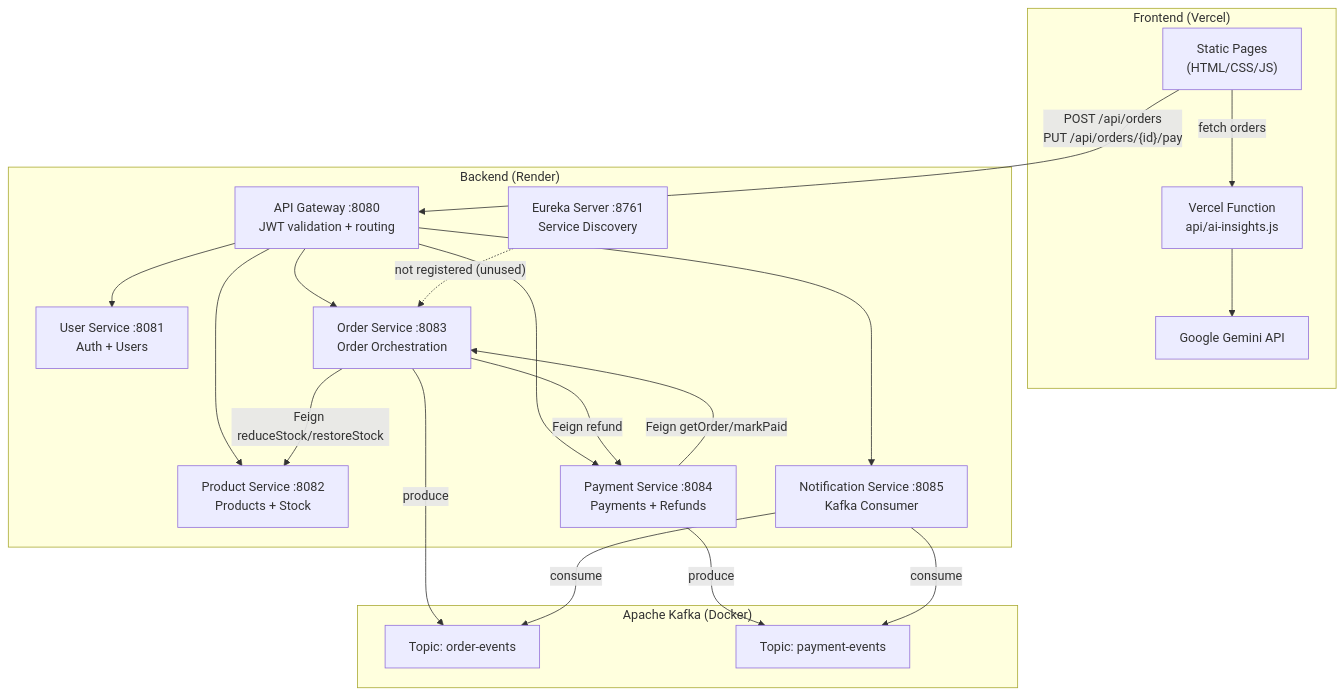
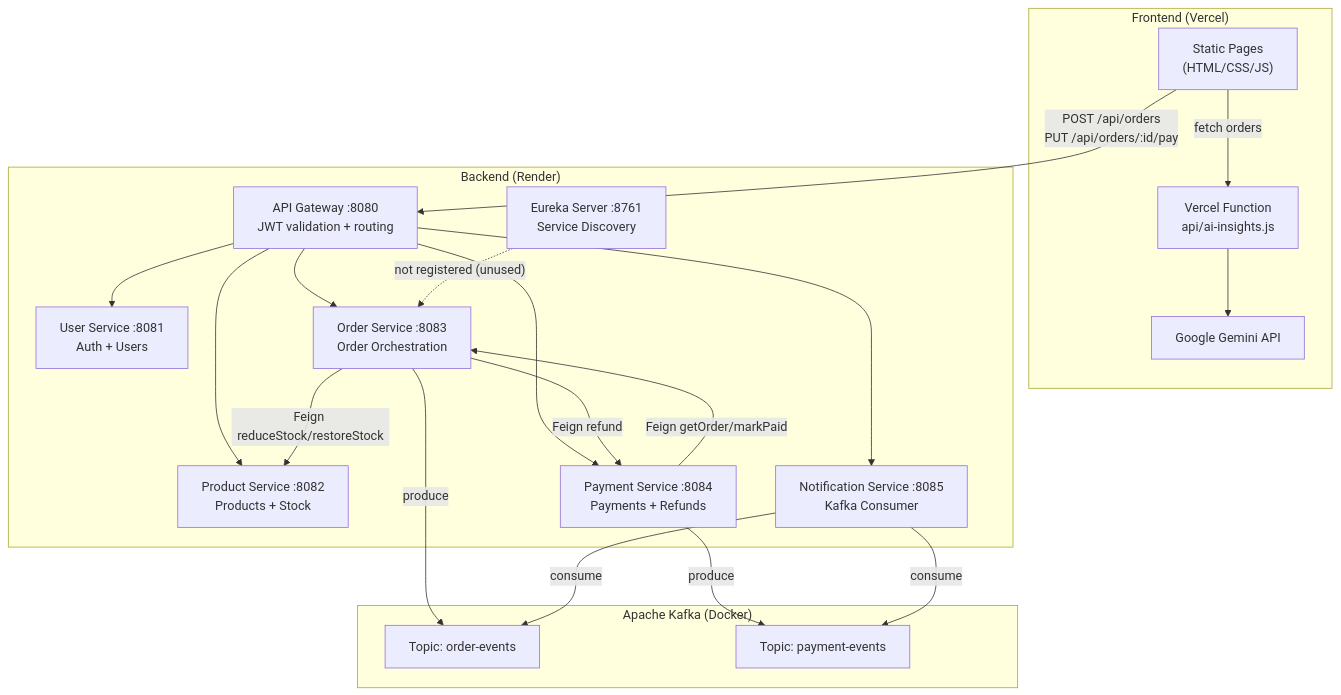
The first of 8 diagrams in README.md (shubhamdagar9854/OrderPulse), drawn with Mermaid before and after one commit. The commit also changed other lines of this file, not shown here.

````diff
--- a/README.md
+++ b/README.md
@@ -44,42 +44,42 @@
 ```mermaid
 flowchart TB
     subgraph Frontend["Frontend (Vercel)"]
         UI["Static Pages<br/>(HTML/CSS/JS)"]
         AI_FN["Vercel Function<br/>api/ai-insights.js"]
         AI_FN --> GEMINI["Google Gemini API"]
     end
 
     subgraph Backend["Backend (Render)"]
         GW["API Gateway :8080<br/>JWT validation + routing"]
         EU["Eureka Server :8761<br/>Service Discovery"]
         US["User Service :8081<br/>Auth + Users"]
         PS["Product Service :8082<br/>Products + Stock"]
         OS["Order Service :8083<br/>Order Orchestration"]
         PMS["Payment Service :8084<br/>Payments + Refunds"]
         NS["Notification Service :8085<br/>Kafka Consumer"]
     end
 
     subgraph Kafka["Apache Kafka (Docker)"]
         OE["Topic: order-events"]
         PE["Topic: payment-events"]
     end
 
-    UI -->|"POST /api/orders<br/>PUT /api/orders/{id}/pay"| GW
+    UI -->|"POST /api/orders<br/>PUT /api/orders/:id/pay"| GW
     UI -->|"fetch orders"| AI_FN
     GW --> US
     GW --> PS
     GW --> OS
     GW --> PMS
     GW --> NS
 
     OS -->|"Feign reduceStock/restoreStock"| PS
     OS -->|"Feign refund"| PMS
     PMS -->|"Feign getOrder/markPaid"| OS
 
     OS -->|"produce"| OE
     PMS -->|"produce"| PE
     NS -->|"consume"| OE
     NS -->|"consume"| PE
 
     EU -.->|"not registered (unused)"| OS
 ```
````
